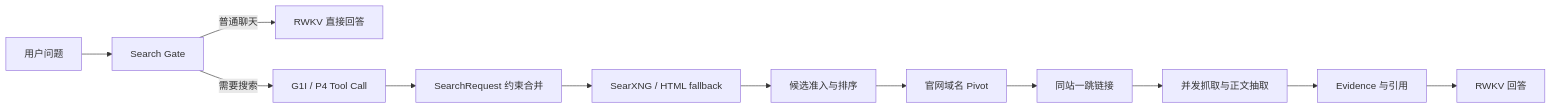
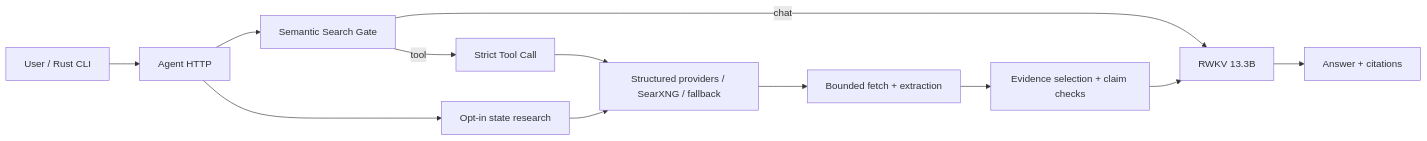
The diagram in README.md (123123213weqw/rwkv-agent), drawn with Mermaid before and after one commit. The commit also changed other lines of this file and 73 other files, not shown here.

````diff
--- a/README.md
+++ b/README.md
@@ -11,14 +90,14 @@
 ```mermaid
 flowchart LR
-    U[用户问题] --> G[Search Gate]
-    G -->|普通聊天| C[RWKV 直接回答]
-    G -->|需要搜索| P[G1I / P4 Tool Call]
-    P --> R[SearchRequest 约束合并]
-    R --> S[SearXNG / HTML fallback]
-    S --> A[候选准入与排序]
-    A --> D[官网域名 Pivot]
-    D --> H[同站一跳链接]
-    H --> F[并发抓取与正文抽取]
-    F --> E[Evidence 与引用]
-    E --> W[RWKV 回答]
+    U["User / Rust CLI"] --> API["Agent HTTP"]
+    API --> G["Semantic Search Gate"]
+    G -->|"chat"| M["RWKV 13.3B"]
+    G -->|"tool"| T["Strict Tool Call"]
+    T --> D["Structured providers / SearXNG / fallback"]
+    D --> F["Bounded fetch + extraction"]
+    F --> E["Evidence selection + claim checks"]
+    E --> M
+    M --> A["Answer + citations"]
+    API --> R["Opt-in state research"]
+    R --> D
 ```
````
